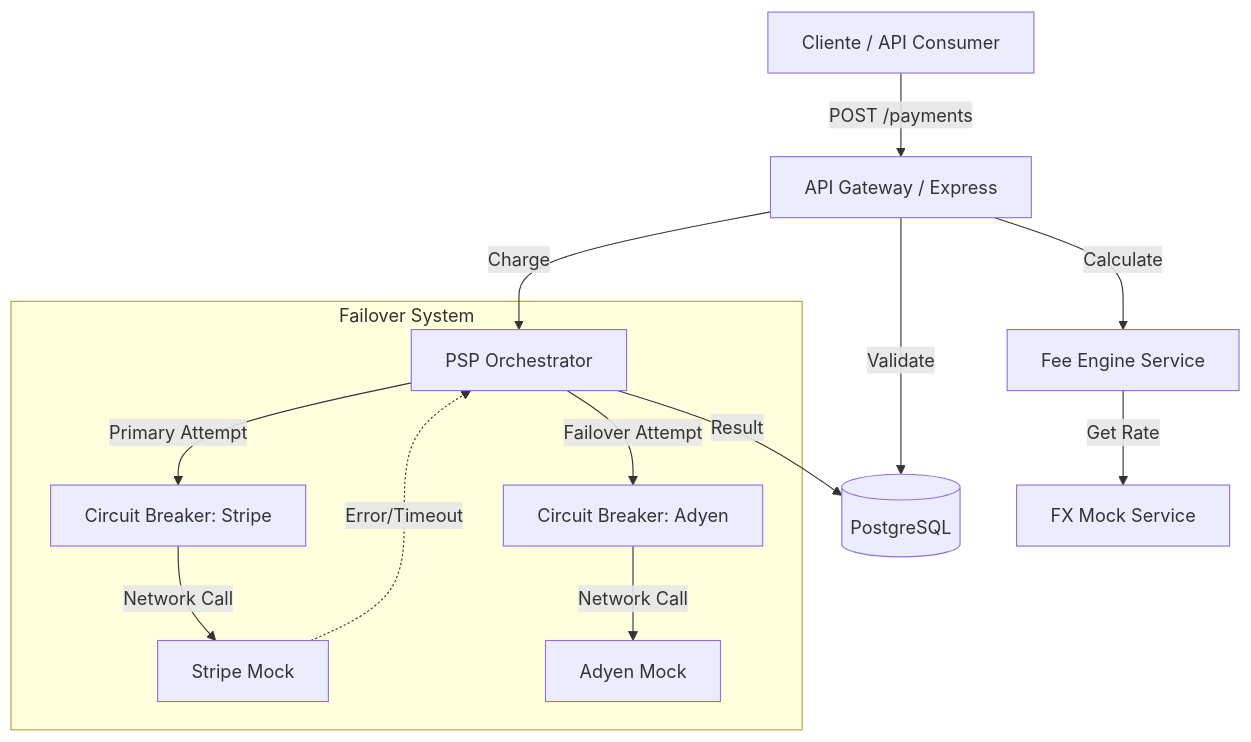
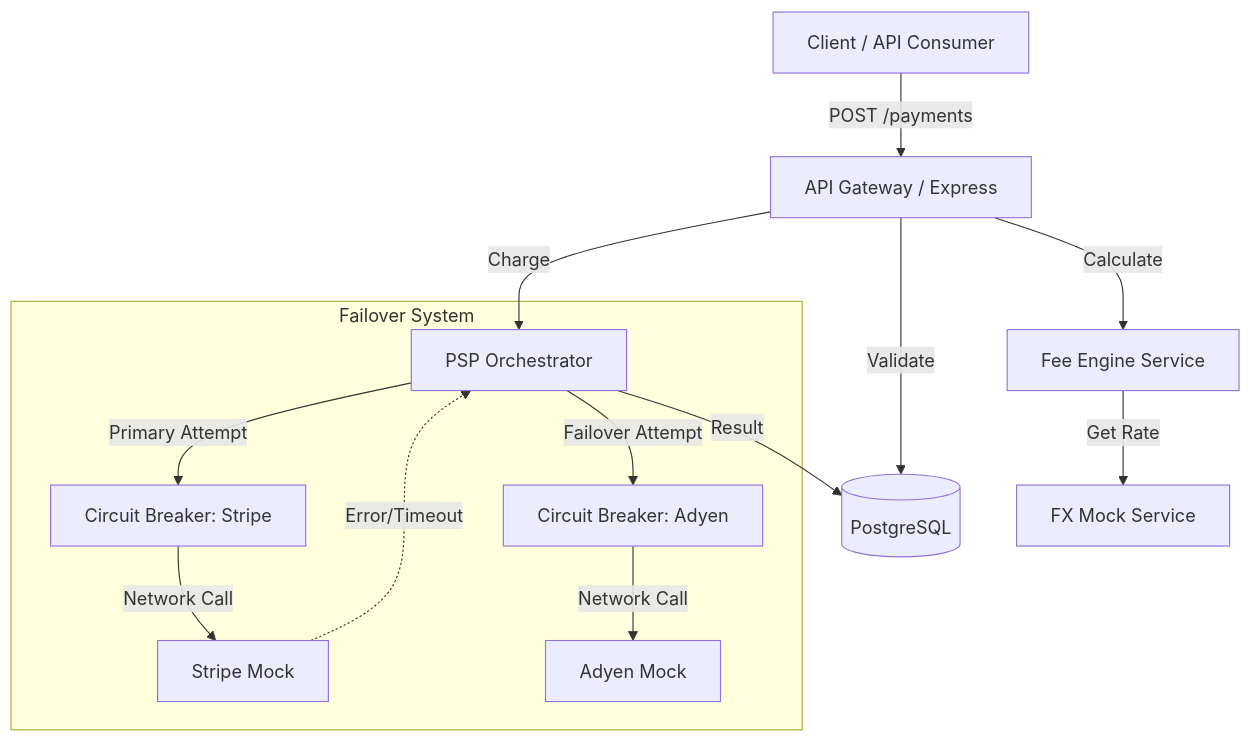
One commit to judasane/kira changed the first of 2 diagrams in README.md. Above: the diagram before and after it, drawn with Mermaid. The commit also changed other lines of this file, not shown here.

````diff
--- a/README.md
+++ b/README.md
@@ -17,19 +16,19 @@
 ```mermaid
 graph TD
-    Client[Cliente / API Consumer] -->|POST /payments| API[API Gateway / Express]
+    Client[Client / API Consumer] -->|POST /payments| API[API Gateway / Express]
     API -->|Validate| DB[(PostgreSQL)]
     API -->|Calculate| Fees[Fee Engine Service]
     Fees -->|Get Rate| FX[FX Mock Service]
     API -->|Charge| Orch[PSP Orchestrator]
     
     subgraph "Failover System"
         Orch -->|Primary Attempt| CB1[Circuit Breaker: Stripe]
         CB1 -->|Network Call| Stripe[Stripe Mock]
         
         Stripe -.->|Error/Timeout| Orch
         Orch -->|Failover Attempt| CB2[Circuit Breaker: Adyen]
         CB2 -->|Network Call| Adyen[Adyen Mock]
     end
     
     Orch -->|Result| DB
 ```
````
